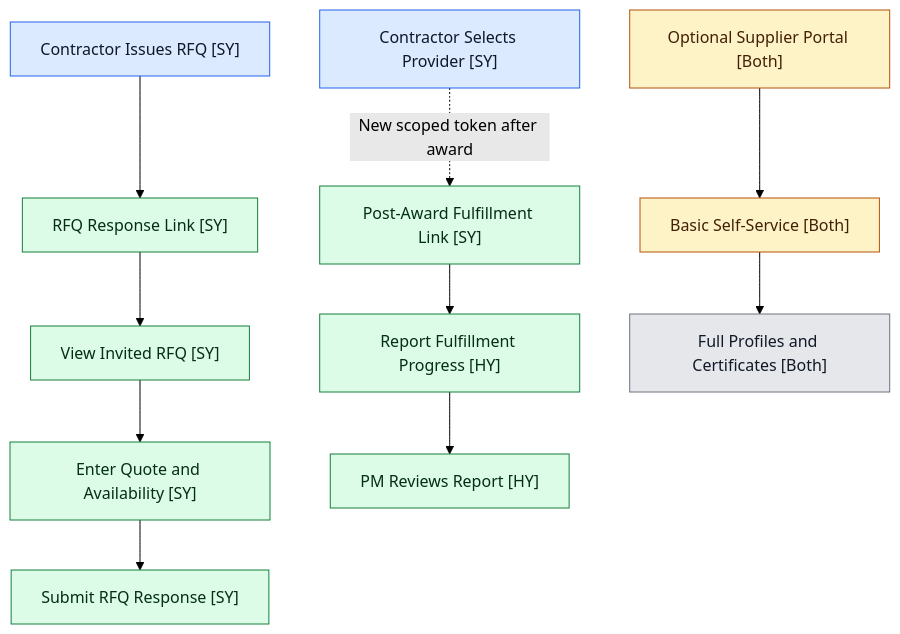
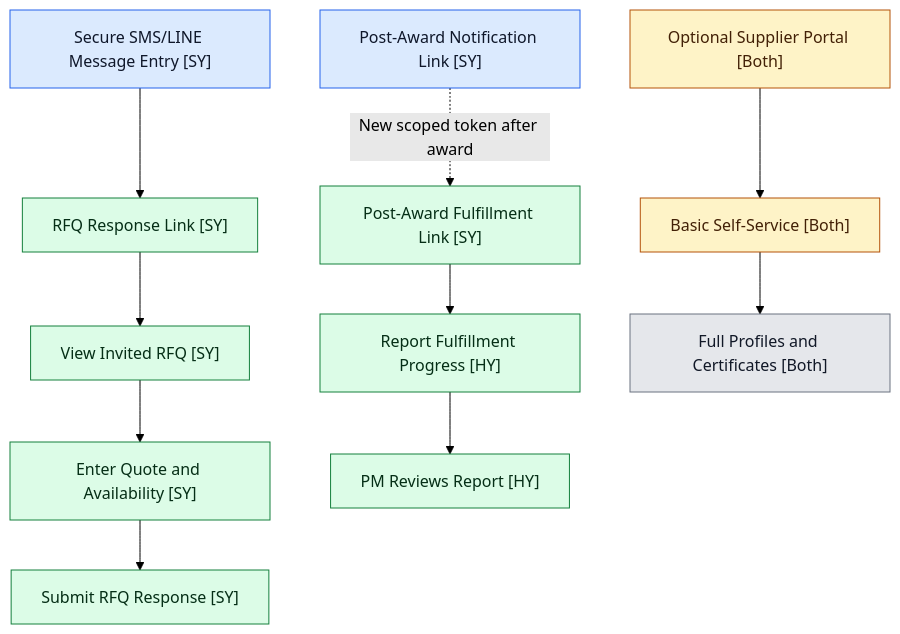
Before and after one commit to m11405502/Software-Business: the second of 2 diagrams in README.md, drawn with Mermaid (forest theme). The commit also changed other lines of this file, not shown here.

First line of the commit message:
Revise flowchart for project navigation and access

````diff
--- a/README.md
+++ b/README.md
@@ -71,23 +69,24 @@
 ```mermaid
 flowchart TB
-    RFQISSUE["Contractor Issues RFQ [SY]"] --> TOKEN1["RFQ Response Link [SY]"]
+    RFQISSUE["Secure SMS/LINE Message Entry [SY]"] --> TOKEN1["RFQ Response Link [SY]"]
     TOKEN1 --> VIEW["View Invited RFQ [SY]"]
     VIEW --> REPLY["Enter Quote and Availability [SY]"]
     REPLY --> SEND["Submit RFQ Response [SY]"]
 
-    AWARD["Contractor Selects Provider [SY]"] -.->|"New scoped token after award"| TOKEN2["Post-Award Fulfillment Link [SY]"]
+    AWARD["Post-Award Notification Link [SY]"] -.->|"New scoped token after award"| TOKEN2["Post-Award Fulfillment Link [SY]"]
     TOKEN2 --> UPD["Report Fulfillment Progress [HY]"]
     UPD --> CONFIRM["PM Reviews Report [HY]"]
 
     PORTAL["Optional Supplier Portal [Both]"] --> BASIC["Basic Self-Service [Both]"]
     BASIC --> FULL["Full Profiles and Certificates [Both]"]
 
     classDef nav fill:#dbeafe,stroke:#2563eb,color:#0f172a;
     classDef p0 fill:#dcfce7,stroke:#15803d,color:#052e16;
     classDef p1 fill:#fef3c7,stroke:#b45309,color:#422006;
     classDef p2 fill:#e5e7eb,stroke:#6b7280,color:#111827;
+    
     class RFQISSUE,AWARD nav;
     class TOKEN1,VIEW,REPLY,SEND,TOKEN2,UPD,CONFIRM p0;
     class PORTAL,BASIC p1;
     class FULL p2;
 ```
````
